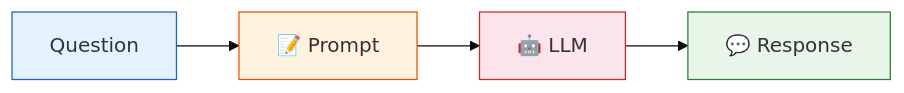
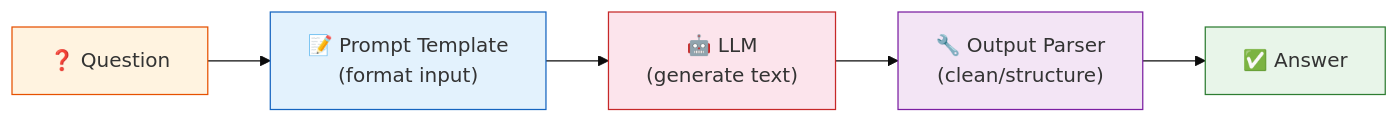
Before and after one commit to remolaan/Agentic-AI-Cookbook: the first of 4 diagrams in 05_chains/README.md, drawn with Mermaid (base theme). The commit also changed other lines of this file and 16 other files, not shown here.

Commit message:
Enhance READMEs 02-18 with Mermaid diagrams and detailed explanations

````diff
--- a/05_chains/README.md
+++ b/05_chains/README.md
@@ -7,8 +9,13 @@
 ```mermaid
 flowchart LR
-    Q["Question"] --> P["📝 Prompt"] --> M["🤖 LLM"] --> R["💬 Response"]
-    style Q fill:#e3f2fd,stroke:#1565c0
-    style P fill:#fff3e0,stroke:#e65100
+    Q["❓ Question"] --> P["📝 Prompt Template<br/>(format input)"]
+    P --> M["🤖 LLM<br/>(generate text)"]
+    M --> R["🔧 Output Parser<br/>(clean/structure)"]
+    R --> A["✅ Answer"]
+    
+    style Q fill:#fff3e0,stroke:#e65100
+    style P fill:#e3f2fd,stroke:#1565c0
     style M fill:#fce4ec,stroke:#c62828
-    style R fill:#e8f5e9,stroke:#2e7d32
+    style R fill:#f3e5f5,stroke:#7b1fa2
+    style A fill:#e8f5e9,stroke:#2e7d32
 ```
````
